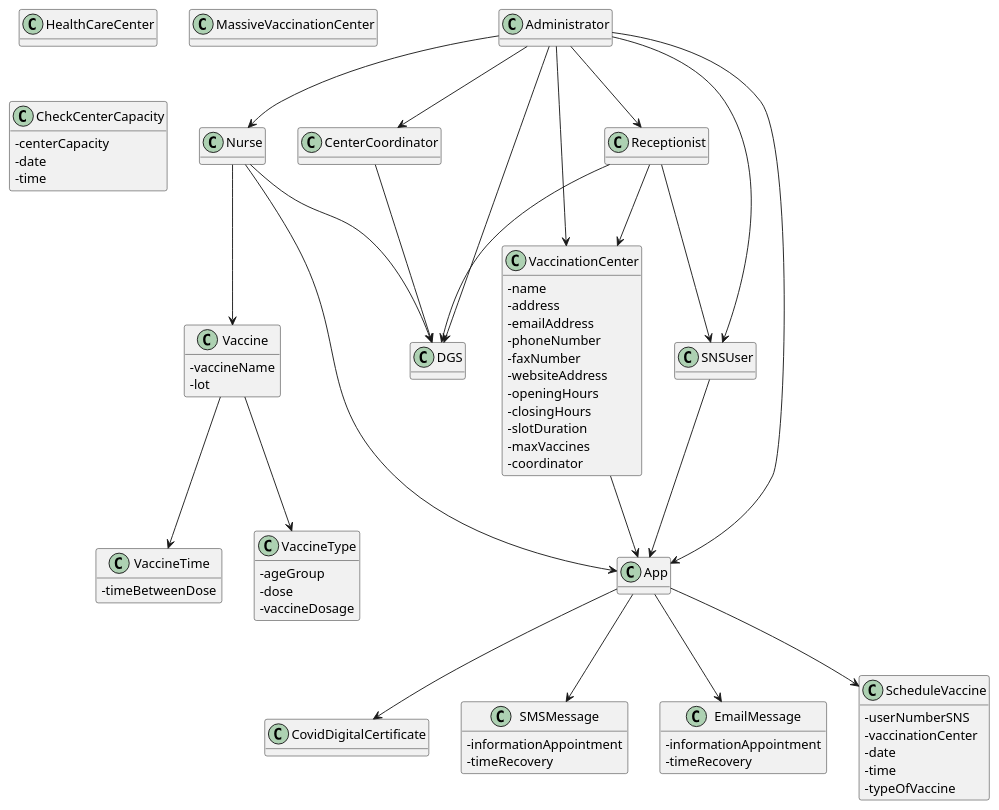
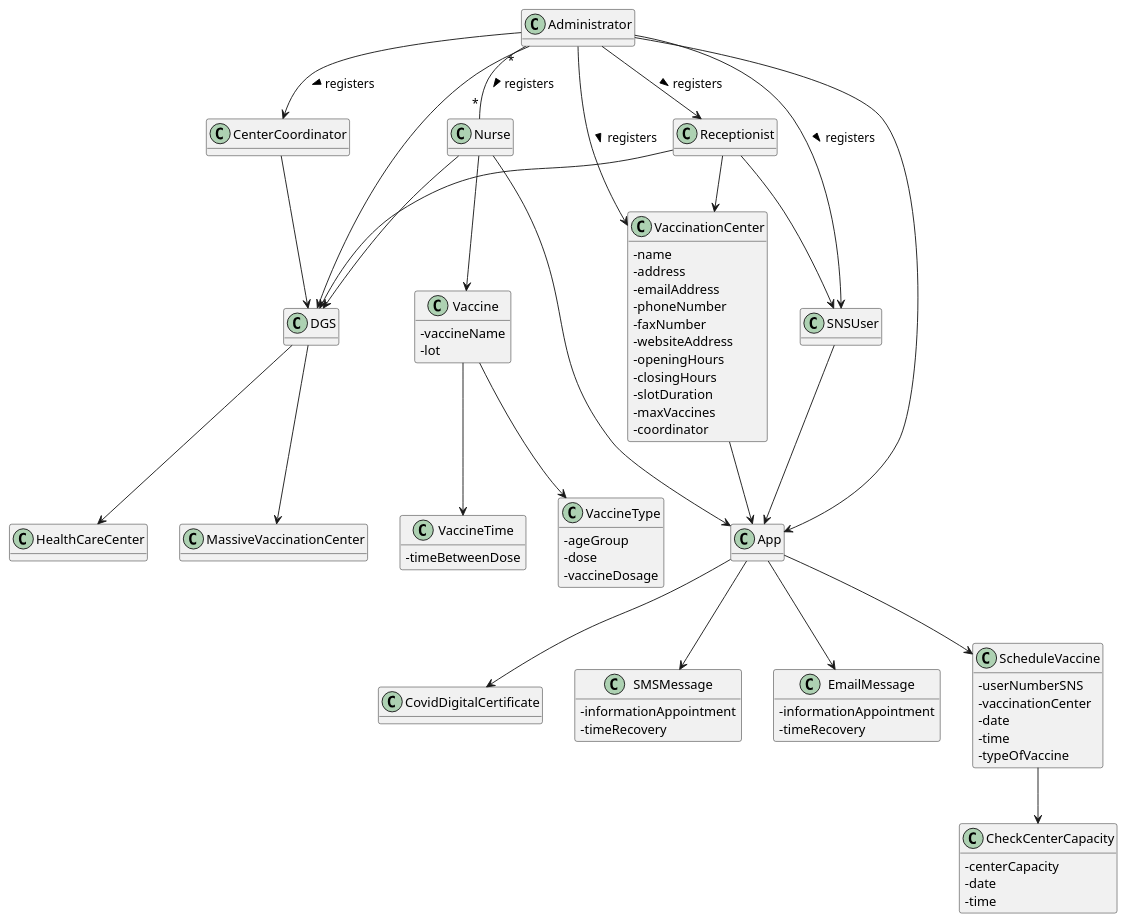
Before and after one commit to PedroMesquita1211171/VaccinationManager: the diagram in docs/SprintA/DM.puml, drawn with PlantUML.

```diff
--- a/docs/SprintA/DM.puml
+++ b/docs/SprintA/DM.puml
@@ -1,113 +1,116 @@
 @startuml
 skinparam classAttributeIconSize 0
 hide methods
 
 class Administrator{
 }
 
 class Nurse{
 }
 
 class SNSUser{
 }
 
 class Receptionist{
 }
 
 class CenterCoordinator{
 }
 
 class HealthCareCenter {
 }
 
 class DGS {
 }
 
 class MassiveVaccinationCenter {
 }
 
 class CovidDigitalCertificate {
 }
 
 class App{
 }
 
 class SMSMessage {
 - informationAppointment
 - timeRecovery
 }
 
 class EmailMessage {
 - informationAppointment
 - timeRecovery
 }
 
 class Vaccine {
 - vaccineName
 - lot
 }
 
 class VaccineType {
 - ageGroup
 - dose
 - vaccineDosage
 }
 
 class VaccineTime {
 - timeBetweenDose
 }
 
 class CheckCenterCapacity {
 - centerCapacity
 - date
 - time
 }
 
 class ScheduleVaccine {
 - userNumberSNS
 - vaccinationCenter
 - date
 - time
 - typeOfVaccine
 }
 
 class VaccinationCenter {
   - name
   - address
   - emailAddress
   - phoneNumber
   - faxNumber
   - websiteAddress
   - openingHours
   - closingHours
   - slotDuration
   - maxVaccines
   - coordinator
 }
 
-Administrator --> Nurse
-Administrator --> CenterCoordinator
-Administrator --> Receptionist
-Administrator --> SNSUser
-Administrator --> VaccinationCenter
+Administrator "*"--"*" Nurse : registers >
+Administrator --> CenterCoordinator : registers >
+Administrator --> Receptionist : registers >
+Administrator --> SNSUser : registers >
+Administrator --> VaccinationCenter : registers >
 Administrator --> App
 SNSUser --> App
 VaccinationCenter --> App
 Nurse --> App
 Receptionist --> SNSUser
 Receptionist --> VaccinationCenter
 Receptionist --> DGS
 Nurse --> DGS
 Administrator --> DGS
 CenterCoordinator --> DGS
 Nurse --> Vaccine
 Vaccine --> VaccineType
 Vaccine --> VaccineTime
 App --> EmailMessage
 App --> ScheduleVaccine
 App --> SMSMessage
 App --> CovidDigitalCertificate
+DGS --> HealthCareCenter
+DGS --> MassiveVaccinationCenter
+ScheduleVaccine --> CheckCenterCapacity
 
 
 
 @endum
```
